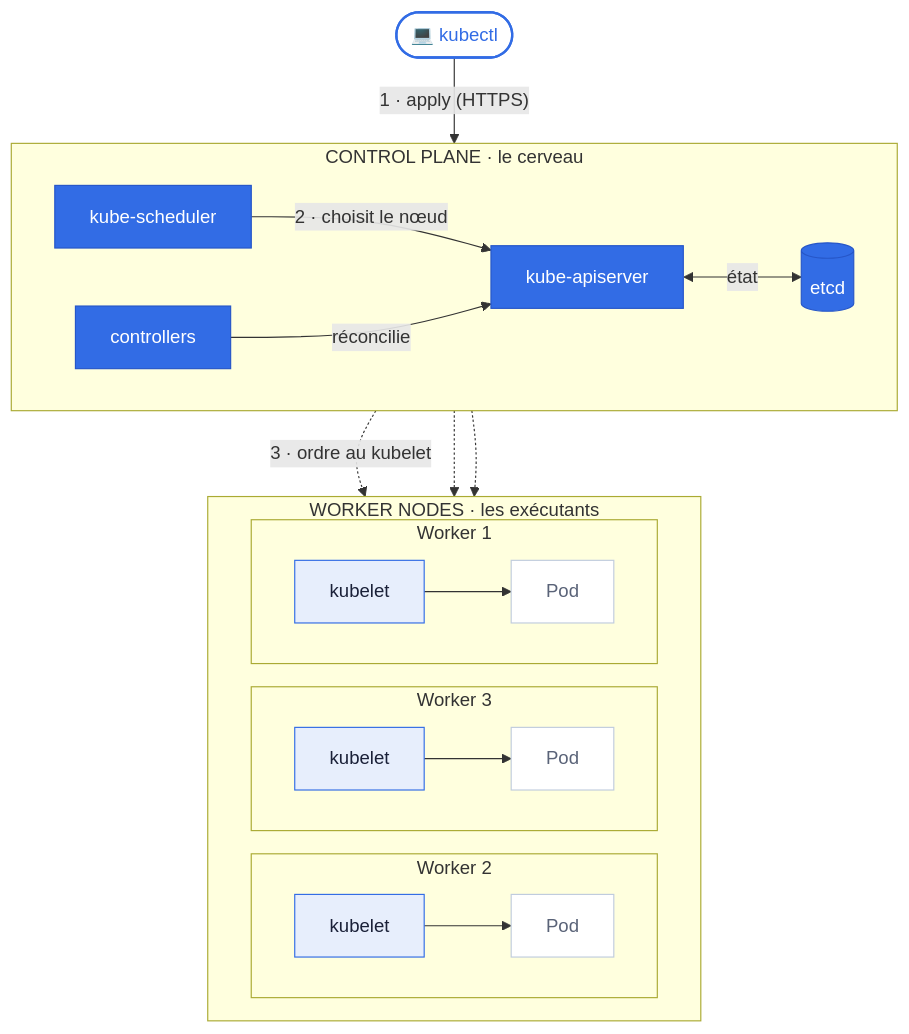
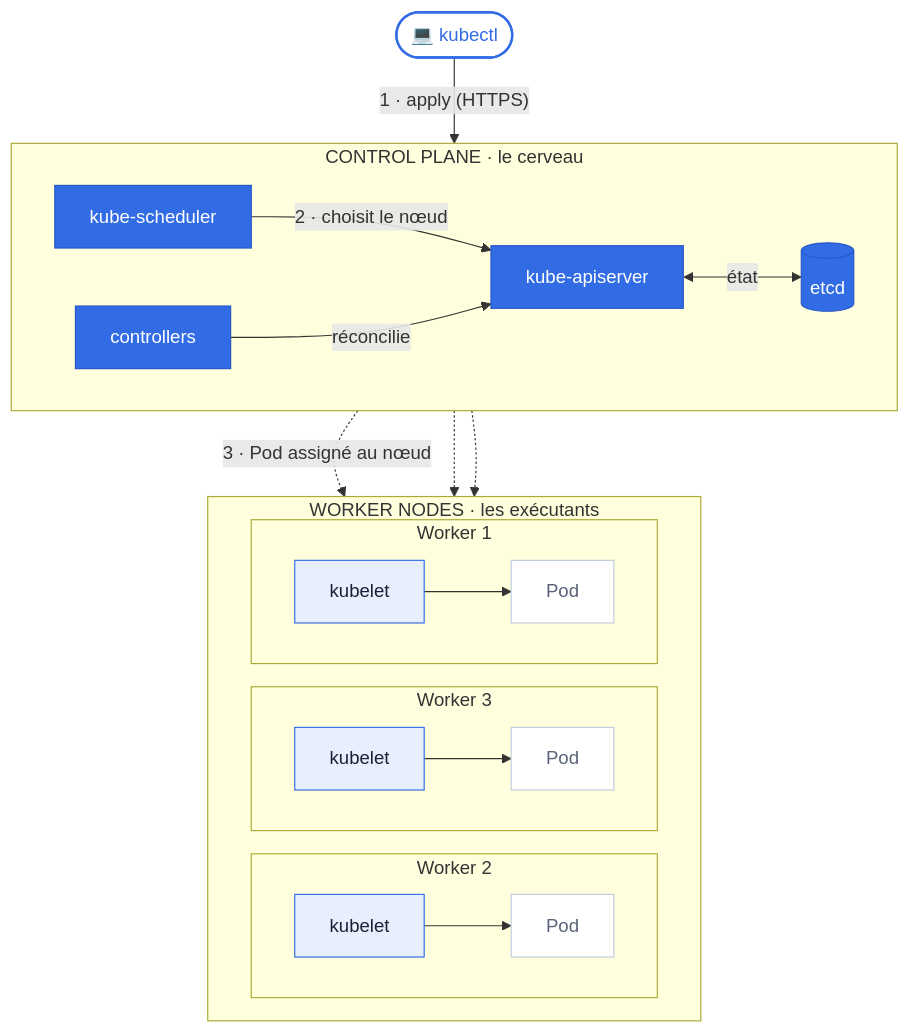
The second of 13 diagrams in slides.md (MHChlagou/k8s-course), drawn with Mermaid before and after one commit. The commit also changed other lines of this file, not shown here.

````diff
--- a/slides.md
+++ b/slides.md
@@ -223,38 +233,38 @@
 ```mermaid {scale: 0.6}
 flowchart TB
     kubectl(["💻 kubectl"]):::client
 
     subgraph CP["CONTROL PLANE · le cerveau"]
         direction LR
         sched["kube-scheduler"]:::primary
         api["kube-apiserver"]:::primary
         ctrl["controllers"]:::primary
         etcd[("etcd")]:::primary
     end
 
     subgraph WK["WORKER NODES · les exécutants"]
         direction LR
         subgraph W3["Worker 3"]
             k3["kubelet"]:::worker --> po3["Pod"]:::pod
         end
         subgraph W2["Worker 2"]
             k2["kubelet"]:::worker --> po2["Pod"]:::pod
         end
         subgraph W1["Worker 1"]
             k1["kubelet"]:::worker --> po1["Pod"]:::pod
         end
     end
 
     kubectl -->|"1 · apply (HTTPS)"| api
     sched -->|"2 · choisit le nœud"| api
     ctrl -->|réconcilie| api
     api <-->|"état"| etcd
-    api -.->|"3 · ordre au kubelet"| k2
+    api -.->|"3 · Pod assigné au nœud"| k2
     api -.-> k1
     api -.-> k3
 
     classDef client fill:#ffffff,stroke:#326ce5,stroke-width:2px,color:#326ce5
     classDef primary fill:#326ce5,stroke:#2656c8,color:#ffffff,stroke-width:1px
     classDef worker fill:#e7eefc,stroke:#326ce5,color:#1a2038
     classDef pod fill:#ffffff,stroke:#c0ccde,color:#5a6378
 ```
````
